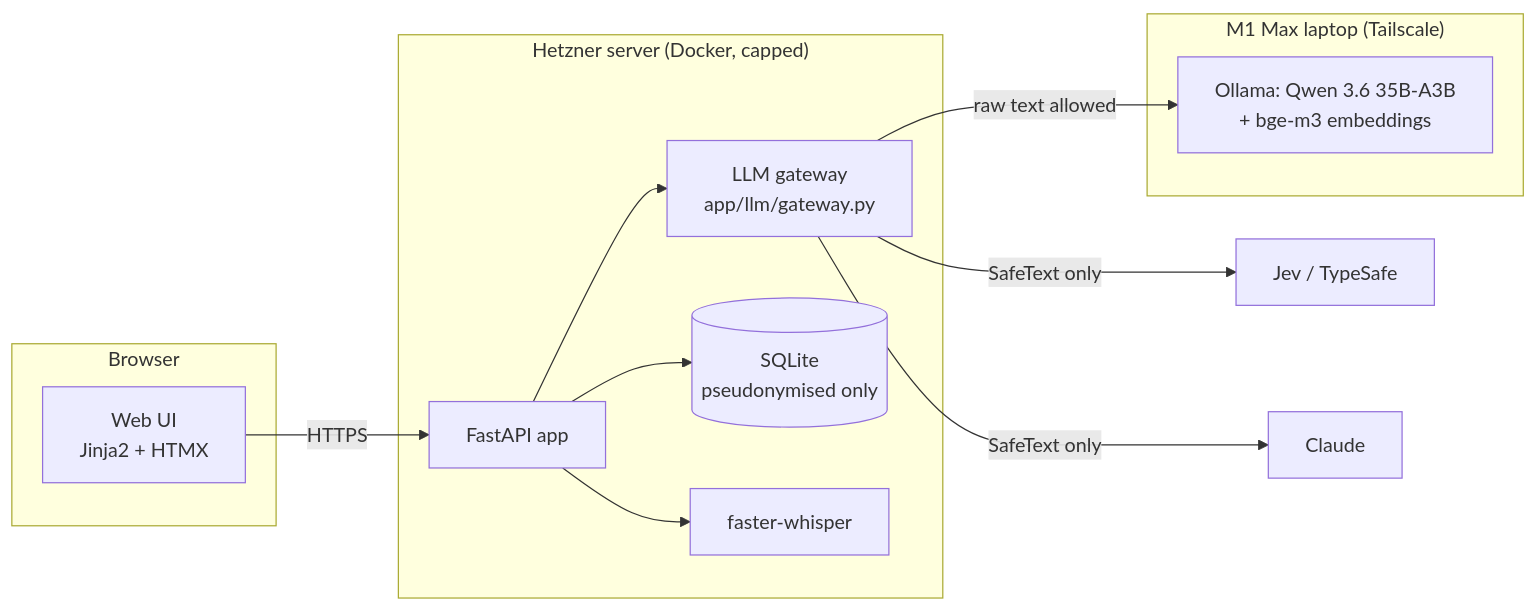
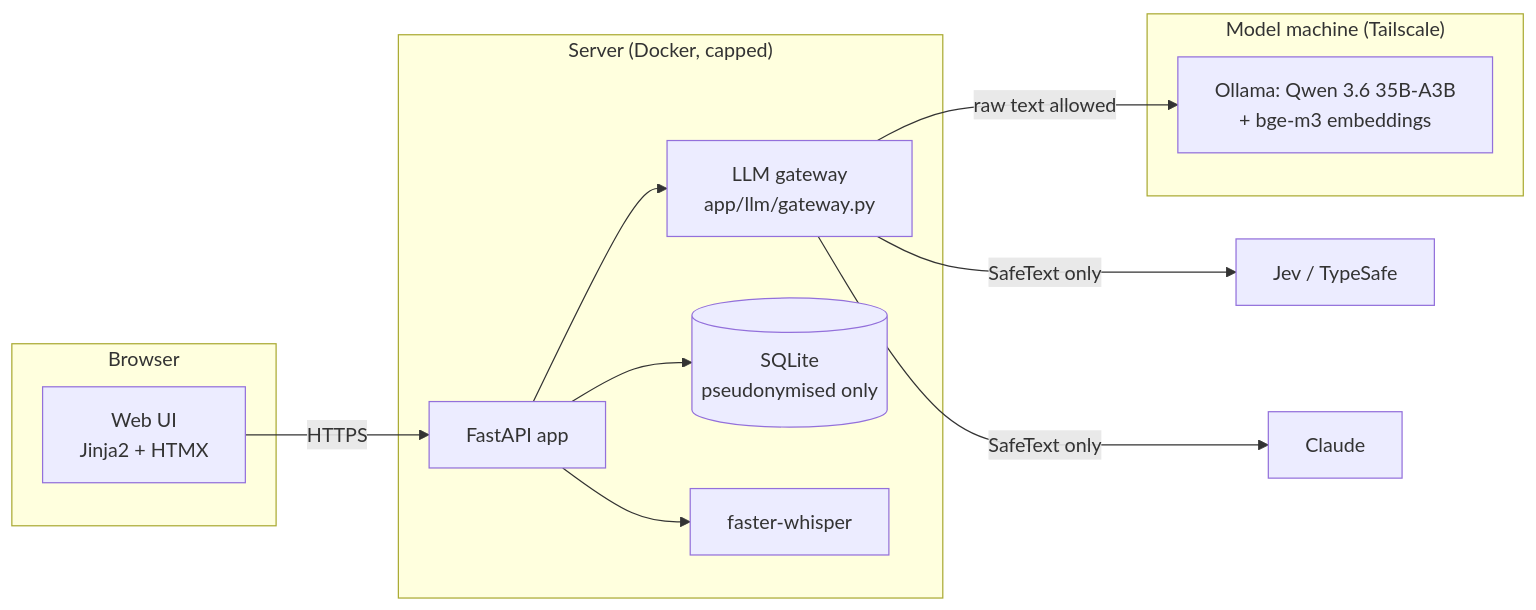
Before and after one commit to GeorgeThiel-hob/interview-coach: the diagram in docs/architecture.md, drawn with Mermaid. The commit also changed other lines of this file and 37 other files, not shown here.

````diff
--- a/docs/architecture.md
+++ b/docs/architecture.md
@@ -5,23 +5,23 @@
 ```mermaid
 flowchart LR
   subgraph Browser
     UI[Web UI<br/>Jinja2 + HTMX]
   end
-  subgraph Server["Hetzner server (Docker, capped)"]
+  subgraph Server["Server (Docker, capped)"]
     APP[FastAPI app]
     GW[LLM gateway<br/>app/llm/gateway.py]
     DB[(SQLite<br/>pseudonymised only)]
     STT[faster-whisper]
   end
-  subgraph Laptop["M1 Max laptop (Tailscale)"]
+  subgraph Laptop["Model machine (Tailscale)"]
     OLL[Ollama: Qwen 3.6 35B-A3B<br/>+ bge-m3 embeddings]
   end
   JEV[Jev / TypeSafe]
   CL[Claude]
   UI -- HTTPS --> APP --> GW
   APP --> DB
   APP --> STT
   GW -- raw text allowed --> OLL
   GW -- SafeText only --> JEV
   GW -- SafeText only --> CL
 ```
````
